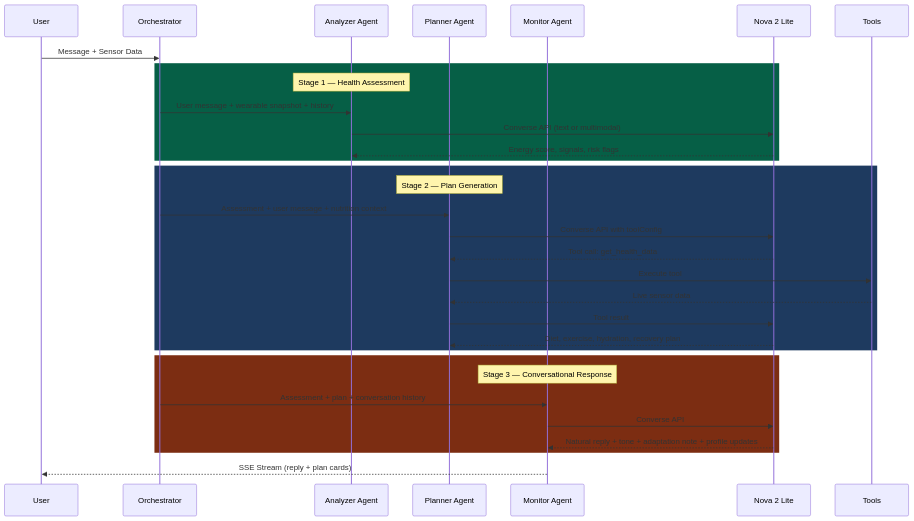
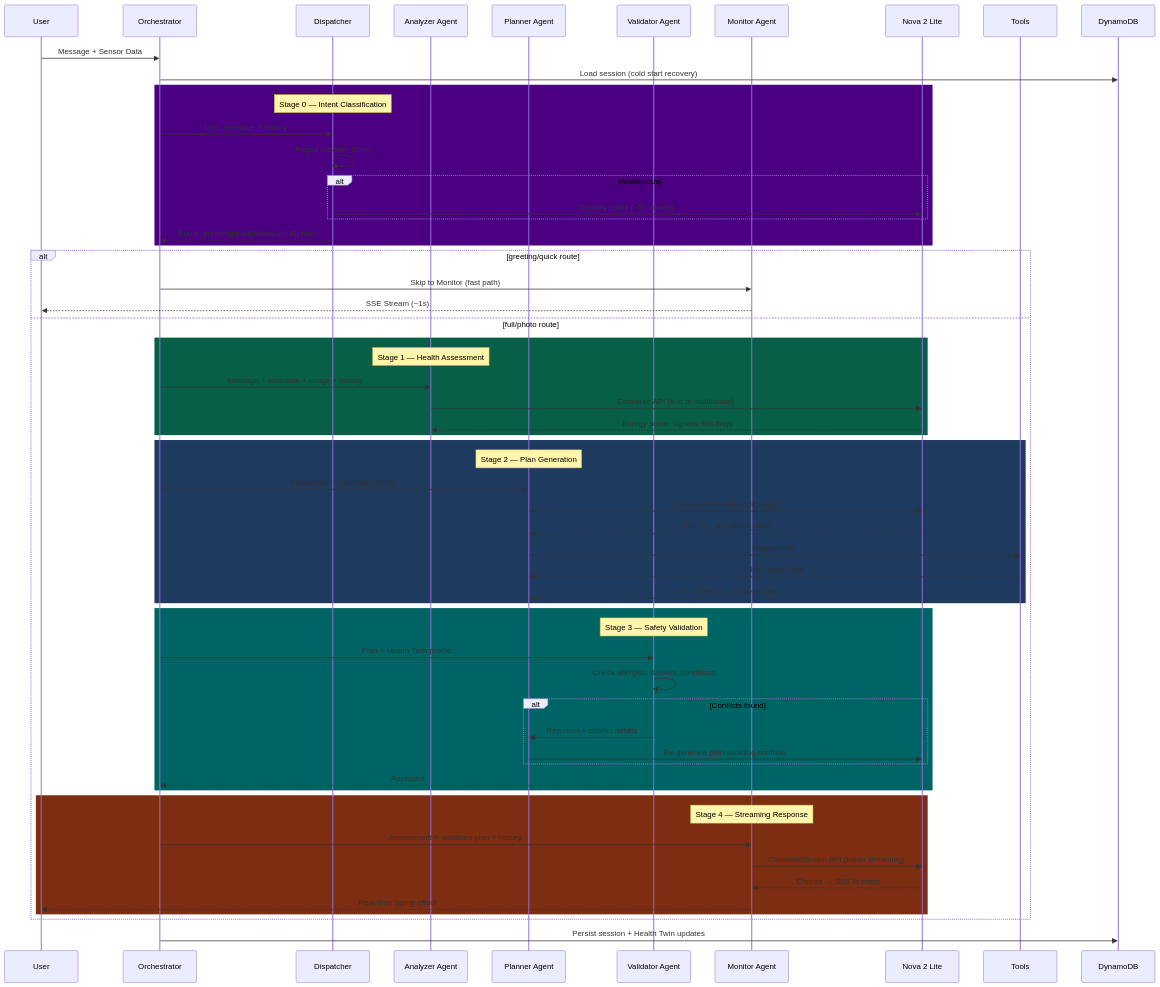
The second of 4 diagrams in README.md (kosiorkosa47/NovaFit), drawn with Mermaid before and after one commit. The commit also changed other lines of this file and 8 other files, not shown here.

````diff
--- a/README.md
+++ b/README.md
@@ -76,39 +86,71 @@
 ```mermaid
 sequenceDiagram
     participant U as User
     participant O as Orchestrator
+    participant D as Dispatcher
     participant A as Analyzer Agent
     participant P as Planner Agent
+    participant V as Validator Agent
     participant M as Monitor Agent
     participant B as Nova 2 Lite
     participant T as Tools
+    participant DB as DynamoDB
 
     U->>O: Message + Sensor Data
+    O->>DB: Load session (cold start recovery)
+
+    rect rgb(75, 0, 130)
+        Note over D: Stage 0 — Intent Classification
+        O->>D: User message + history
+        D->>D: Regex pre-filter (0ms)
+        alt Ambiguous
+            D->>B: Classify intent (~50 tokens)
+        end
+        D-->>O: Route: greeting|quick|followup|full|photo
+    end
+
+    alt greeting/quick route
+        O->>M: Skip to Monitor (fast path)
+        M-->>U: SSE Stream (~1s)
+    else full/photo route
 
     rect rgb(6, 95, 70)
         Note over A: Stage 1 — Health Assessment
-        O->>A: User message + wearable snapshot + history
+        O->>A: Message + wearable + image + history
         A->>B: Converse API (text or multimodal)
         B-->>A: Energy score, signals, risk flags
     end
 
     rect rgb(30, 58, 95)
         Note over P: Stage 2 — Plan Generation
-        O->>P: Assessment + user message + nutrition context
+        O->>P: Assessment + nutrition context
         P->>B: Converse API with toolConfig
         B-->>P: Tool call: get_health_data
         P->>T: Execute tool
         T-->>P: Live sensor data
-        P->>B: Tool result
-        B-->>P: Diet, exercise, hydration, recovery plan
+        B-->>P: Diet, exercise, recovery plan
+    end
+
+    rect rgb(0, 100, 100)
+        Note over V: Stage 3 — Safety Validation
+        O->>V: Plan + Health Twin profile
+        V->>V: Check allergies, dislikes, conditions
+        alt Conflicts found
+            V-->>P: Rejection + conflict details
+            P->>B: Re-generate plan avoiding conflicts
+        end
+        V-->>O: Approved
     end
 
     rect rgb(124, 45, 18)
-        Note over M: Stage 3 — Conversational Response
-        O->>M: Assessment + plan + conversation history
-        M->>B: Converse API
-        B-->>M: Natural reply + tone + adaptation note + profile updates
+        Note over M: Stage 4 — Streaming Response
+        O->>M: Assessment + validated plan + history
+        M->>B: ConverseStream API (token streaming)
+        B-->>M: Chunks → SSE to client
+        M-->>U: Real-time typing effect
     end
 
-    M-->>U: SSE Stream (reply + plan cards)
+    end
+
+    O->>DB: Persist session + Health Twin updates
 ```
````
